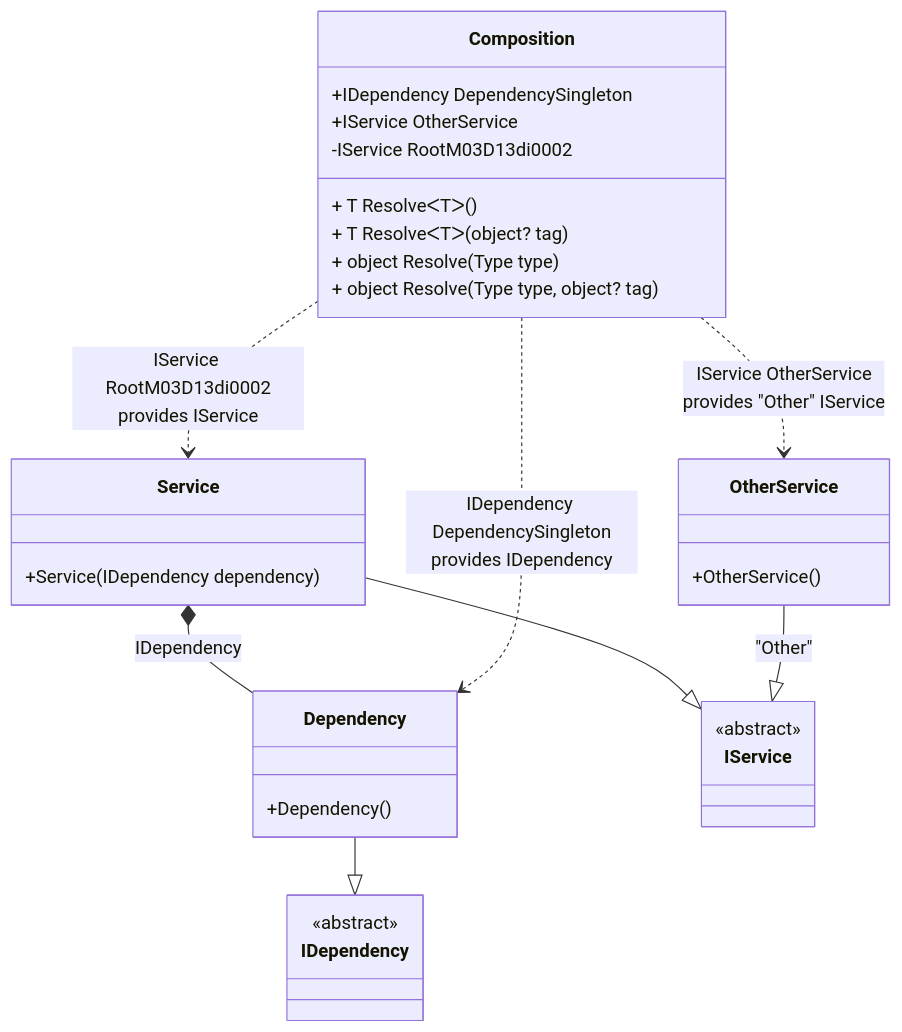
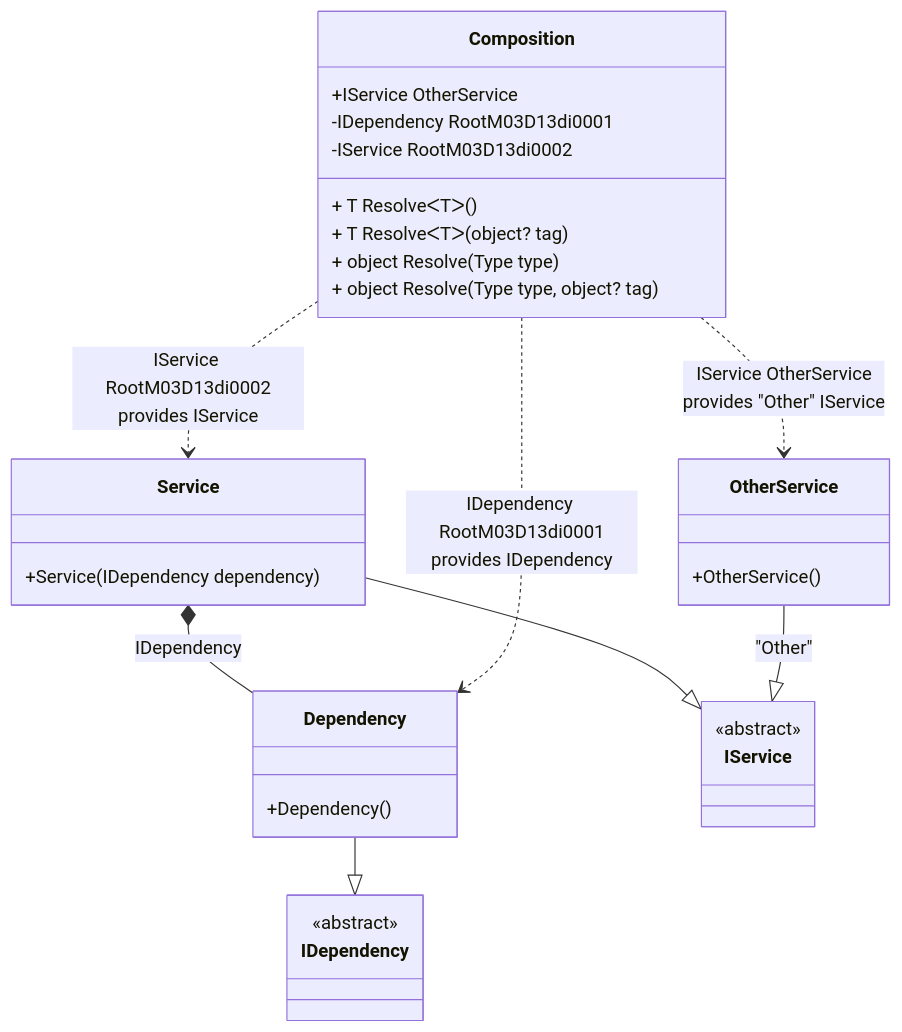
The diagram in readme/resolve-methods.md (DevTeam/Pure.DI), drawn with Mermaid before and after one commit. The commit also changed other lines of this file and 12 other files, not shown here.

````diff
--- a/readme/resolve-methods.md
+++ b/readme/resolve-methods.md
@@ -45,34 +45,34 @@
 ```mermaid
 classDiagram
   class Composition {
-    +IDependency DependencySingleton
     +IService OtherService
+    -IDependency RootM03D13di0001
     -IService RootM03D13di0002
     + T ResolveᐸTᐳ()
     + T ResolveᐸTᐳ(object? tag)
     + object Resolve(Type type)
     + object Resolve(Type type, object? tag)
   }
   Dependency --|> IDependency : 
   class Dependency {
     +Dependency()
   }
   Service --|> IService : 
   class Service {
     +Service(IDependency dependency)
   }
   OtherService --|> IService : "Other" 
   class OtherService {
     +OtherService()
   }
   class IDependency {
     <<abstract>>
   }
   class IService {
     <<abstract>>
   }
   Service *--  Dependency : IDependency
-  Composition ..> Dependency : IDependency DependencySingleton<br/>provides IDependency
+  Composition ..> Dependency : IDependency RootM03D13di0001<br/>provides IDependency
   Composition ..> Service : IService RootM03D13di0002<br/>provides IService
   Composition ..> OtherService : IService OtherService<br/>provides "Other" IService
 ```
````
